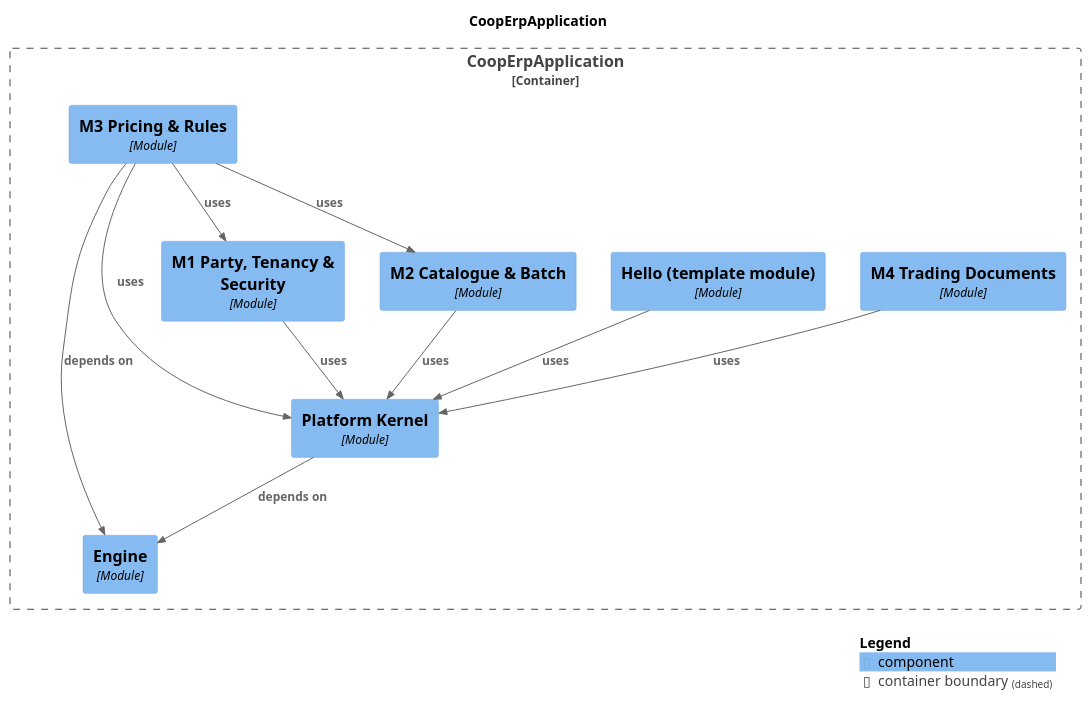
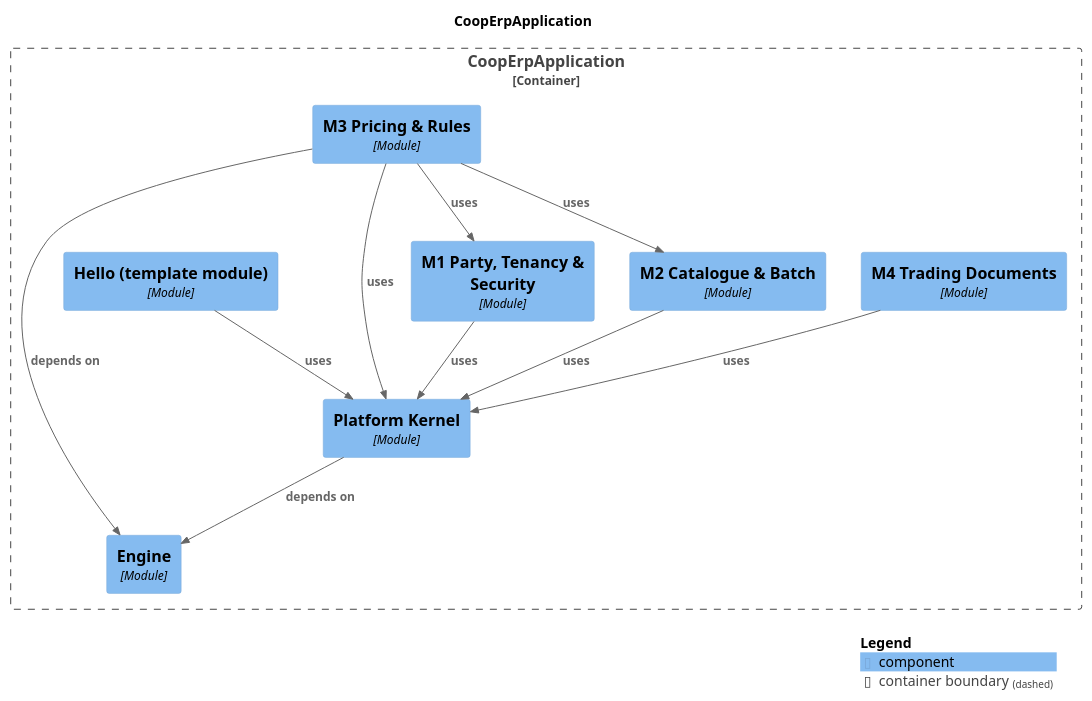
Before and after one commit to Knoweb/COOP_ERP: the diagram in docs/modules/components.puml, drawn with PlantUML. The commit also changed other lines of this file and 3 other files, not shown here.

Commit message:
docs(modules): regenerate the module diagrams after the merge of main

```diff
--- a/docs/modules/components.puml
+++ b/docs/modules/components.puml
@@ -1,32 +1,32 @@
 @startuml
 set separator none
 title CoopErpApplication
 
 top to bottom direction
 
 !include <C4/C4>
 !include <C4/C4_Context>
 !include <C4/C4_Component>
 
 Container_Boundary("CoopErpApplication.CoopErpApplication_boundary", "CoopErpApplication", $tags="") {
-  Component(CoopErpApplication.CoopErpApplication.M4TradingDocuments, "M4 Trading Documents", $techn="Module", $descr="", $tags="", $link="")
+  Component(CoopErpApplication.CoopErpApplication.M3PricingRules, "M3 Pricing & Rules", $techn="Module", $descr="", $tags="", $link="")
   Component(CoopErpApplication.CoopErpApplication.Engine, "Engine", $techn="Module", $descr="", $tags="", $link="")
   Component(CoopErpApplication.CoopErpApplication.PlatformKernel, "Platform Kernel", $techn="Module", $descr="", $tags="", $link="")
   Component(CoopErpApplication.CoopErpApplication.Hellotemplatemodule, "Hello (template module)", $techn="Module", $descr="", $tags="", $link="")
   Component(CoopErpApplication.CoopErpApplication.M1PartyTenancySecurity, "M1 Party, Tenancy & Security", $techn="Module", $descr="", $tags="", $link="")
   Component(CoopErpApplication.CoopErpApplication.M2CatalogueBatch, "M2 Catalogue & Batch", $techn="Module", $descr="", $tags="", $link="")
-  Component(CoopErpApplication.CoopErpApplication.M3PricingRules, "M3 Pricing & Rules", $techn="Module", $descr="", $tags="", $link="")
+  Component(CoopErpApplication.CoopErpApplication.M4TradingDocuments, "M4 Trading Documents", $techn="Module", $descr="", $tags="", $link="")
 }
 
 Rel(CoopErpApplication.CoopErpApplication.Hellotemplatemodule, CoopErpApplication.CoopErpApplication.PlatformKernel, "uses", $techn="", $tags="", $link="")
 Rel(CoopErpApplication.CoopErpApplication.M1PartyTenancySecurity, CoopErpApplication.CoopErpApplication.PlatformKernel, "uses", $techn="", $tags="", $link="")
 Rel(CoopErpApplication.CoopErpApplication.M2CatalogueBatch, CoopErpApplication.CoopErpApplication.PlatformKernel, "uses", $techn="", $tags="", $link="")
 Rel(CoopErpApplication.CoopErpApplication.M3PricingRules, CoopErpApplication.CoopErpApplication.Engine, "depends on", $techn="", $tags="", $link="")
 Rel(CoopErpApplication.CoopErpApplication.M3PricingRules, CoopErpApplication.CoopErpApplication.M1PartyTenancySecurity, "uses", $techn="", $tags="", $link="")
 Rel(CoopErpApplication.CoopErpApplication.M3PricingRules, CoopErpApplication.CoopErpApplication.M2CatalogueBatch, "uses", $techn="", $tags="", $link="")
 Rel(CoopErpApplication.CoopErpApplication.M3PricingRules, CoopErpApplication.CoopErpApplication.PlatformKernel, "uses", $techn="", $tags="", $link="")
 Rel(CoopErpApplication.CoopErpApplication.M4TradingDocuments, CoopErpApplication.CoopErpApplication.PlatformKernel, "uses", $techn="", $tags="", $link="")
 Rel(CoopErpApplication.CoopErpApplication.PlatformKernel, CoopErpApplication.CoopErpApplication.Engine, "depends on", $techn="", $tags="", $link="")
 
 SHOW_LEGEND(true)
 @enduml
```
